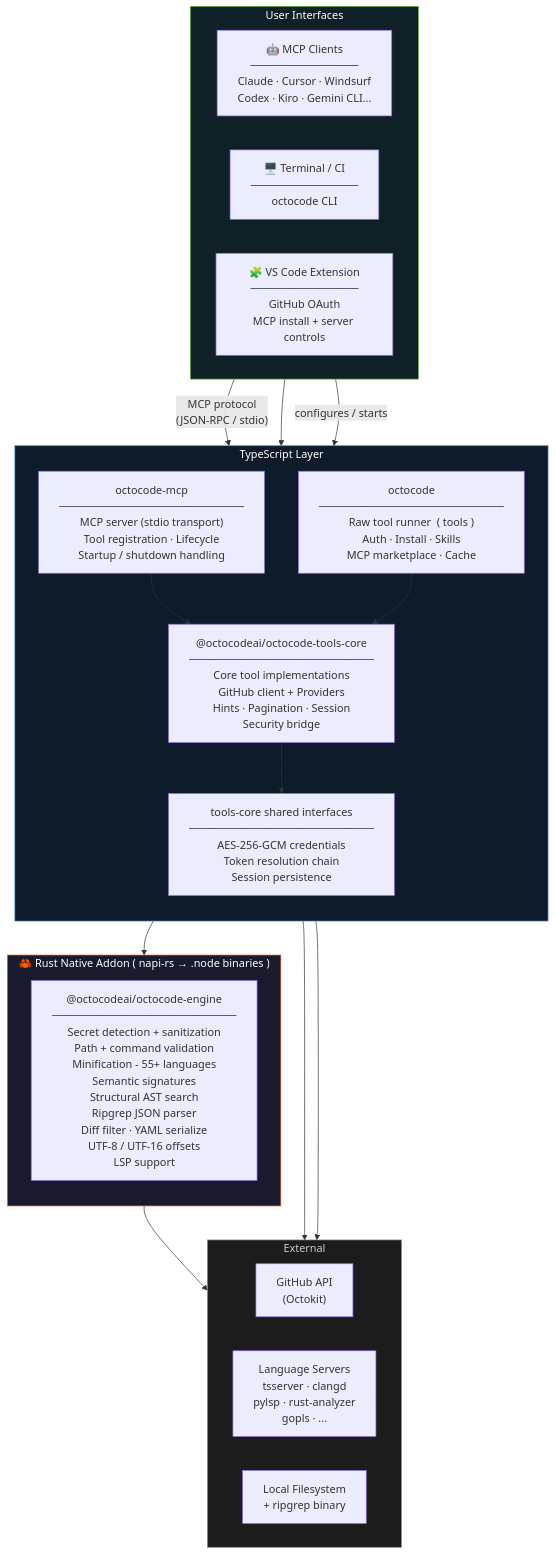
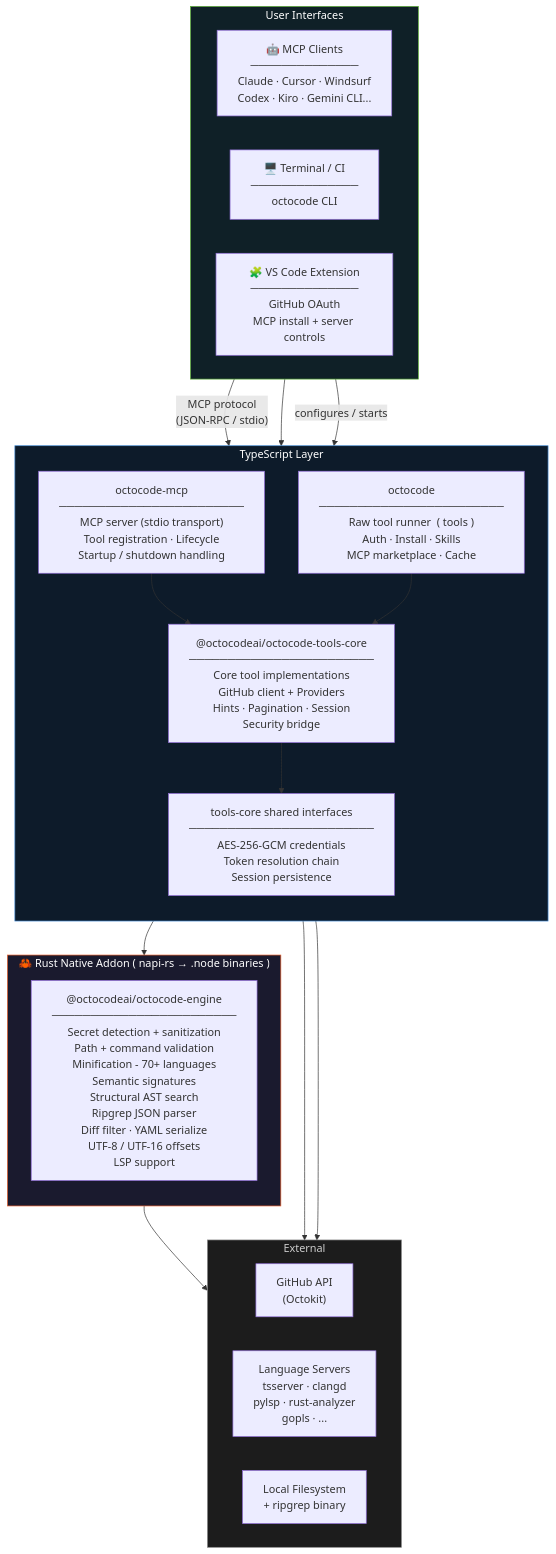
The diagram in README.md (yermakoffivan/octocode), drawn with Mermaid before and after one commit. The commit also changed other lines of this file and 16 other files, not shown here.

```diff
--- a/README.md
+++ b/README.md
@@ -466,7 +496,7 @@
 ────────────────────────
 Secret detection + sanitization
 Path + command validation
-Minification - 55+ languages
+Minification - 70+ languages
 Semantic signatures
 Structural AST search
 Ripgrep JSON parser
```
